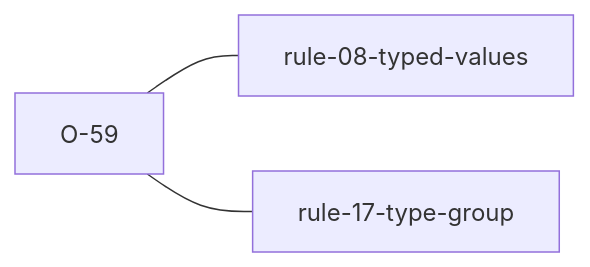
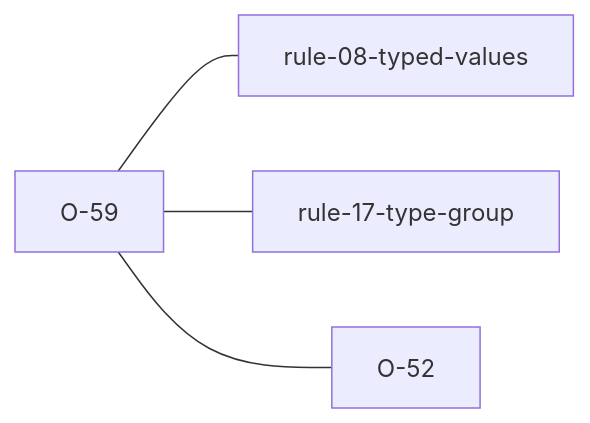
Before and after one commit to niko86/laterite: the diagram in ags-wiki/observations/O-59.md, drawn with Mermaid. The commit also changed other lines of this file and 19 other files, not shown here.

````diff
--- a/ags-wiki/observations/O-59.md
+++ b/ags-wiki/observations/O-59.md
@@ -37,5 +37,6 @@
 ```mermaid
 graph LR
   O_59["O-59"] --- R8["rule-08-typed-values"]
   O_59 --- R17["rule-17-type-group"]
+  O_59 --- O_52["O-52"]
 ```
````
